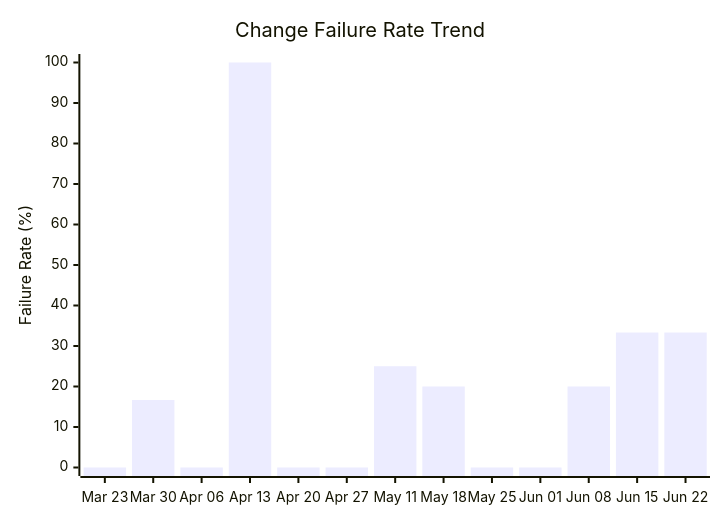
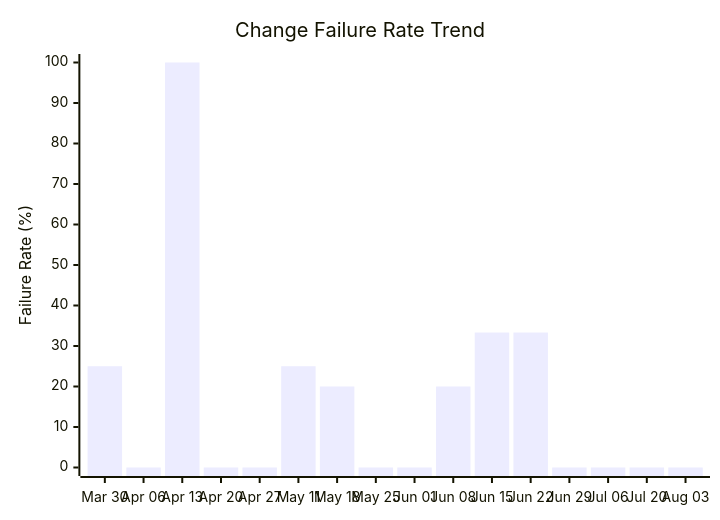
Before and after one commit to ukma-cs-ssdm-2025/rate-ukma: the fourth of 4 diagrams in docs/ci-cd/dora-summary.md, drawn with Mermaid. The commit also changed other lines of this file, not shown here.

````diff
--- a/docs/ci-cd/dora-summary.md
+++ b/docs/ci-cd/dora-summary.md
@@ -71,7 +73,7 @@
 ```mermaid
 xychart-beta
     title "Change Failure Rate Trend"
-    x-axis ["Mar 23", "Mar 30", "Apr 06", "Apr 13", "Apr 20", "Apr 27", "May 11", "May 18", "May 25", "Jun 01", "Jun 08", "Jun 15", "Jun 22"]
+    x-axis ["Mar 30", "Apr 06", "Apr 13", "Apr 20", "Apr 27", "May 11", "May 18", "May 25", "Jun 01", "Jun 08", "Jun 15", "Jun 22", "Jun 29", "Jul 06", "Jul 20", "Aug 03"]
     y-axis "Failure Rate (%)" 0 --> 100
-    bar [0.00, 16.67, 0.00, 100.00, 0.00, 0.00, 25.00, 20.00, 0.00, 0.00, 20.00, 33.33, 33.33]
+    bar [25.00, 0.00, 100.00, 0.00, 0.00, 25.00, 20.00, 0.00, 0.00, 20.00, 33.33, 33.33, 0.00, 0.00, 0.00, 0.00]
 ```
````
